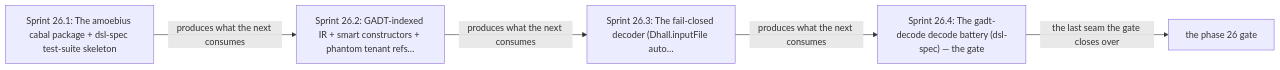
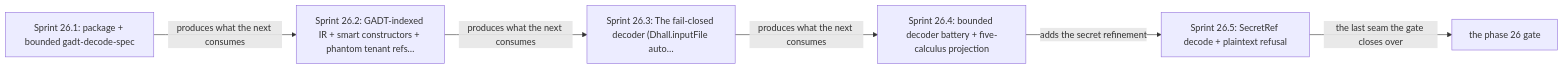
Before and after one commit to Tuee22/amoebius: the diagram in DEVELOPMENT_PLAN/phase_26_gadt_decode_ir.md, drawn with Mermaid. The commit also changed other lines of this file and 618 other files, not shown here.

````diff
--- a/DEVELOPMENT_PLAN/phase_26_gadt_decode_ir.md
+++ b/DEVELOPMENT_PLAN/phase_26_gadt_decode_ir.md
@@ -239,13 +273,15 @@
 ```mermaid
 flowchart LR
   %% register: orientation
-  s0["Sprint 26.1: The amoebius cabal package + dsl-spec test-suite skeleton"]
+  s0["Sprint 26.1: package + bounded gadt-decode-spec"]
   s1["Sprint 26.2: GADT-indexed IR + smart constructors + phantom tenant refs…"]
   s2["Sprint 26.3: The fail-closed decoder (Dhall.inputFile auto…"]
-  s3["Sprint 26.4: The gadt-decode decode battery (dsl-spec) — the gate"]
+  s3["Sprint 26.4: bounded decoder battery + five-calculus projection"]
+  s4["Sprint 26.5: SecretRef decode + plaintext refusal"]
   gate["the phase 26 gate"]
   s0 -->|"produces what the next consumes"| s1
   s1 -->|"produces what the next consumes"| s2
   s2 -->|"produces what the next consumes"| s3
-  s3 -->|"the last seam the gate closes over"| gate
+  s3 -->|"adds the secret refinement"| s4
+  s4 -->|"the last seam the gate closes over"| gate
 ```
````
